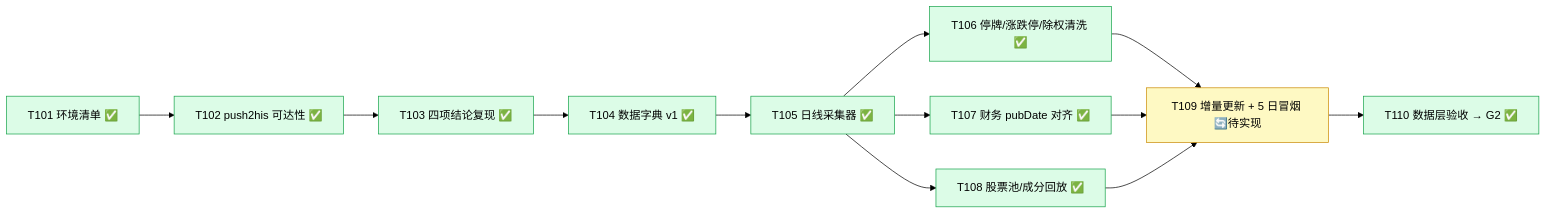
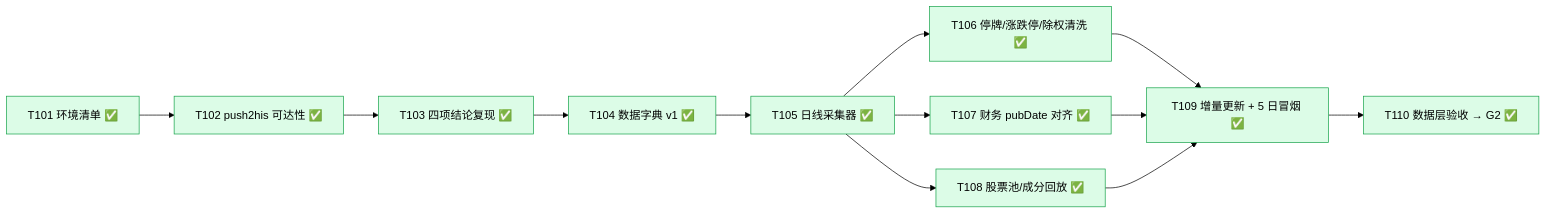
One commit to YZml1507/FinAI2.0 changed the third of 4 diagrams in docs/project_status_flowchart.md. Above: the diagram before and after it, drawn with Mermaid (forest theme). The commit also changed other lines of this file and 3 other files, not shown here.

Commit message:
docs: T201/T202 状态标记 — CLAUDE.md §0/§5/§7 + spec 快照同步（research-finai fd67351）+ 流程图 md/html 同步（当前位 Phase 2 · T203 进行中）

````diff
--- a/docs/project_status_flowchart.md
+++ b/docs/project_status_flowchart.md
@@ -43,24 +45,24 @@
 ```mermaid
 flowchart LR
   T101[T101 环境清单 ✅] --> T102[T102 push2his 可达性 ✅]
   T102 --> T103[T103 四项结论复现 ✅]
   T103 --> T104[T104 数据字典 v1 ✅]
   T104 --> T105[T105 日线采集器 ✅]
   T105 --> T106[T106 停牌/涨跌停/除权清洗 ✅]
   T105 --> T107[T107 财务 pubDate 对齐 ✅]
   T105 --> T108[T108 股票池/成分回放 ✅]
-  T106 --> T109[T109 增量更新 + 5 日冒烟 🔄待实现]
+  T106 --> T109[T109 增量更新 + 5 日冒烟 ✅]
   T107 --> T109
   T108 --> T109
   T109 --> T110[T110 数据层验收 → G2 ✅]
   style T101 fill:#dcfce7,stroke:#16a34a
   style T102 fill:#dcfce7,stroke:#16a34a
   style T103 fill:#dcfce7,stroke:#16a34a
   style T104 fill:#dcfce7,stroke:#16a34a
   style T105 fill:#dcfce7,stroke:#16a34a
   style T106 fill:#dcfce7,stroke:#16a34a
   style T107 fill:#dcfce7,stroke:#16a34a
   style T108 fill:#dcfce7,stroke:#16a34a
-  style T109 fill:#fef9c3,stroke:#ca8a04
+  style T109 fill:#dcfce7,stroke:#16a34a
   style T110 fill:#dcfce7,stroke:#16a34a
 ```
````
